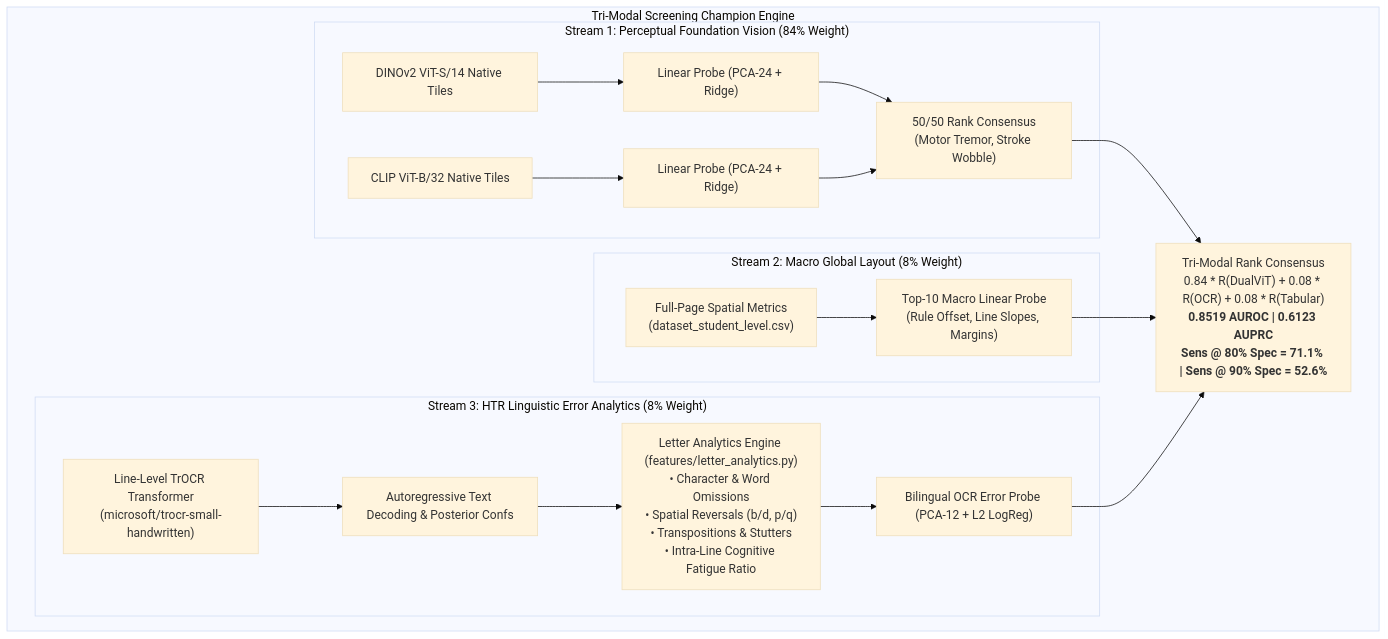
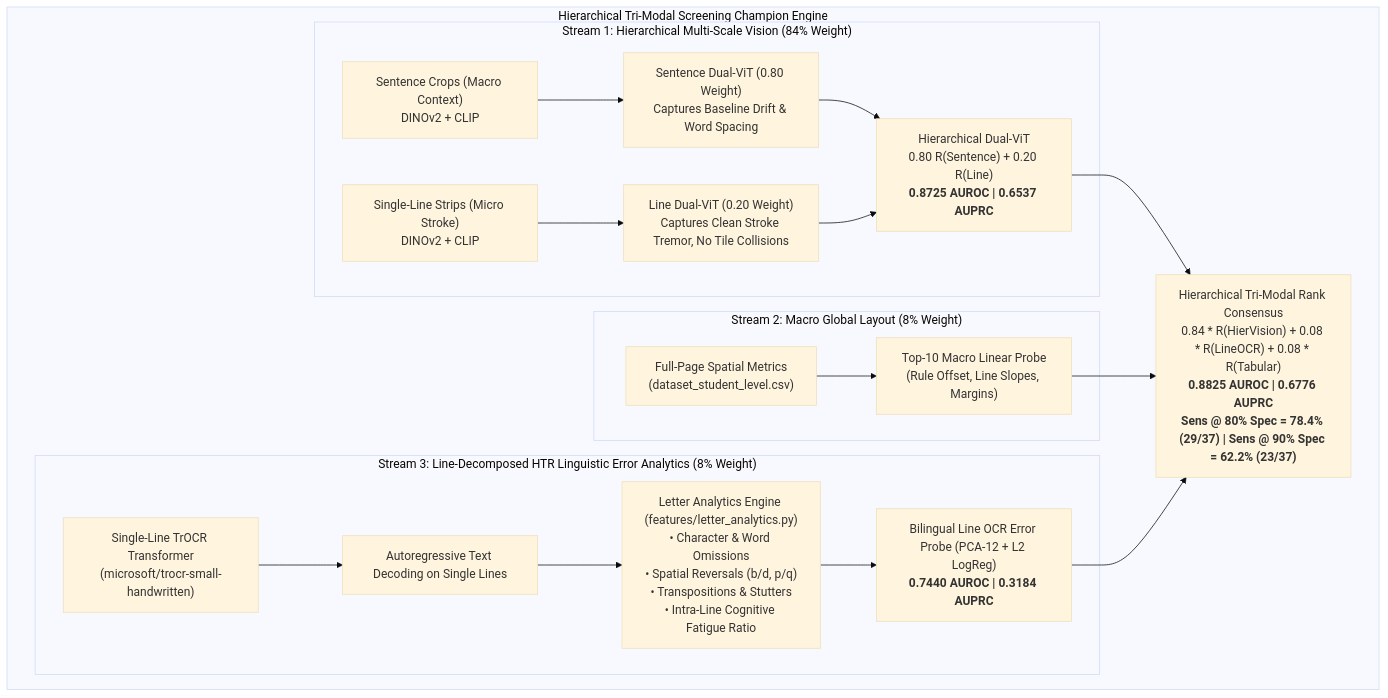
Diagram 23 of 23 in architechture.md (Sparrow375/Dysgraphia-Detection), drawn with Mermaid (base theme) before and after one commit. The commit also changed other lines of this file and 14 other files, not shown here.

Commit message:
feat(hierarchy): single-line strip decomposition, hierarchical multi-scale champion (0.8825 AUROC), and asymmetric phenotypic rescue

````diff
--- a/architechture.md
+++ b/architechture.md
@@ -1876,22 +1876,22 @@
 ```mermaid
 flowchart TD
-    subgraph MultiModalChampion ["Tri-Modal Screening Champion Engine"]
-        subgraph Stream1 ["Stream 1: Perceptual Foundation Vision (84% Weight)"]
-            DINO_Tiles["DINOv2 ViT-S/14 Native Tiles"] --> DINO_Probe["Linear Probe (PCA-24 + Ridge)"]
-            CLIP_Tiles["CLIP ViT-B/32 Native Tiles"] --> CLIP_Probe["Linear Probe (PCA-24 + Ridge)"]
-            DINO_Probe & CLIP_Probe --> DualViT_Rank["50/50 Rank Consensus<br/>(Motor Tremor, Stroke Wobble)"]
+    subgraph MultiModalChampion ["Hierarchical Tri-Modal Screening Champion Engine"]
+        subgraph Stream1 ["Stream 1: Hierarchical Multi-Scale Vision (84% Weight)"]
+            Sent_Crops["Sentence Crops (Macro Context)<br/>DINOv2 + CLIP"] --> Sent_DualViT["Sentence Dual-ViT (0.80 Weight)<br/>Captures Baseline Drift & Word Spacing"]
+            Line_Strips["Single-Line Strips (Micro Stroke)<br/>DINOv2 + CLIP"] --> Line_DualViT["Line Dual-ViT (0.20 Weight)<br/>Captures Clean Stroke Tremor, No Tile Collisions"]
+            Sent_DualViT & Line_DualViT --> Hier_Vision["Hierarchical Dual-ViT<br/>0.80 R(Sentence) + 0.20 R(Line)<br/><b>0.8725 AUROC | 0.6537 AUPRC</b>"]
         end
 
         subgraph Stream2 ["Stream 2: Macro Global Layout (8% Weight)"]
             PageLayout["Full-Page Spatial Metrics<br/>(dataset_student_level.csv)"] --> Tab_Probe["Top-10 Macro Linear Probe<br/>(Rule Offset, Line Slopes, Margins)"]
         end
 
-        subgraph Stream3 ["Stream 3: HTR Linguistic Error Analytics (8% Weight)"]
-            Crop_HTR["Line-Level TrOCR Transformer<br/>(microsoft/trocr-small-handwritten)"] --> HTR_Decode["Autoregressive Text Decoding & Posterior Confs"]
+        subgraph Stream3 ["Stream 3: Line-Decomposed HTR Linguistic Error Analytics (8% Weight)"]
+            Crop_HTR["Single-Line TrOCR Transformer<br/>(microsoft/trocr-small-handwritten)"] --> HTR_Decode["Autoregressive Text Decoding on Single Lines"]
             HTR_Decode --> Error_Analytics["Letter Analytics Engine (features/letter_analytics.py)<br/>• Character & Word Omissions<br/>• Spatial Reversals (b/d, p/q)<br/>• Transpositions & Stutters<br/>• Intra-Line Cognitive Fatigue Ratio"]
-            Error_Analytics --> OCR_Probe["Bilingual OCR Error Probe (PCA-12 + L2 LogReg)"]
+            Error_Analytics --> OCR_Probe["Bilingual Line OCR Error Probe (PCA-12 + L2 LogReg)<br/><b>0.7440 AUROC | 0.3184 AUPRC</b>"]
         end
 
-        DualViT_Rank & Tab_Probe & OCR_Probe --> TriModalConsensus["Tri-Modal Rank Consensus<br/>0.84 * R(DualViT) + 0.08 * R(OCR) + 0.08 * R(Tabular)<br/><b>0.8519 AUROC | 0.6123 AUPRC</b><br/><b>Sens @ 80% Spec = 71.1% | Sens @ 90% Spec = 52.6%</b>"]
+        Hier_Vision & Tab_Probe & OCR_Probe --> TriModalConsensus["Hierarchical Tri-Modal Rank Consensus<br/>0.84 * R(HierVision) + 0.08 * R(LineOCR) + 0.08 * R(Tabular)<br/><b>0.8825 AUROC | 0.6776 AUPRC</b><br/><b>Sens @ 80% Spec = 78.4% (29/37) | Sens @ 90% Spec = 62.2% (23/37)</b>"]
     end
 ```
````
